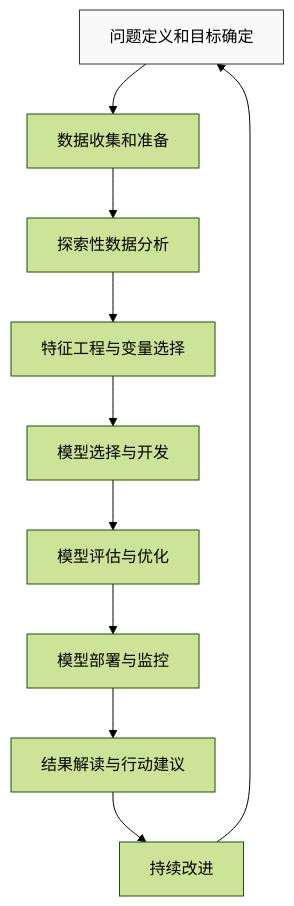
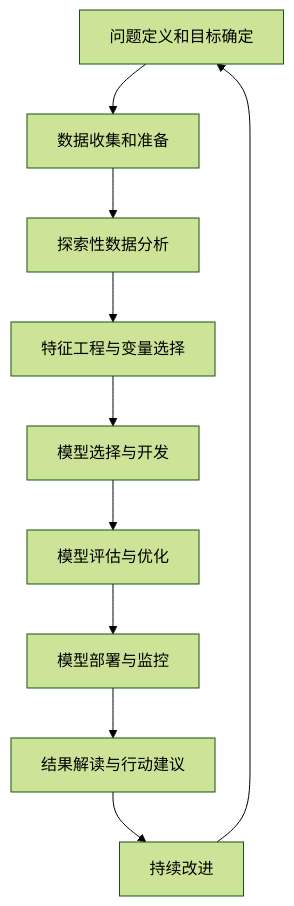
The third of 3 diagrams in src/site/notes/知识共享/002_商业分析/01_学习内容/03_分析方法与工具/3.3 预测性分析方法.md (amcoimg/my-digital-garden), drawn with Mermaid (forest theme) before and after one commit. The commit also changed other lines of this file and 1 other file, not shown here.

````diff
--- a/src/site/notes/知识共享/002_商业分析/01_学习内容/03_分析方法与工具/3.3 预测性分析方法.md
+++ b/src/site/notes/知识共享/002_商业分析/01_学习内容/03_分析方法与工具/3.3 预测性分析方法.md
@@ -189,14 +185,12 @@
 ```mermaid
 graph TD
     A[问题定义和目标确定] --> B[数据收集和准备]
     B --> C[探索性数据分析]
     C --> D[特征工程与变量选择]
     D --> E[模型选择与开发]
     E --> F[模型评估与优化]
     F --> G[模型部署与监控]
     G --> H[结果解读与行动建议]
     H --> I[持续改进]
     I --> A
-    
-    style A fill:#f9f9f9,stroke:#333,stroke-width:1px
 ```
````
